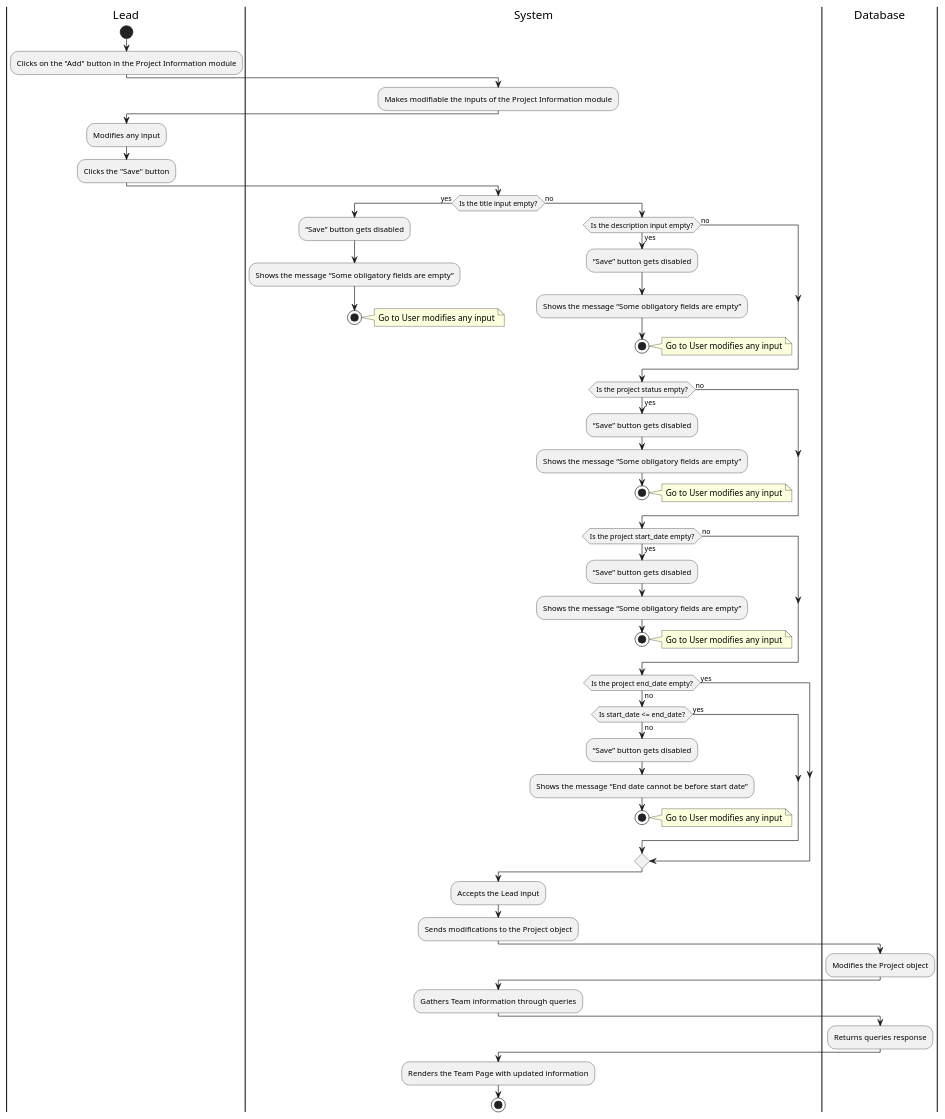
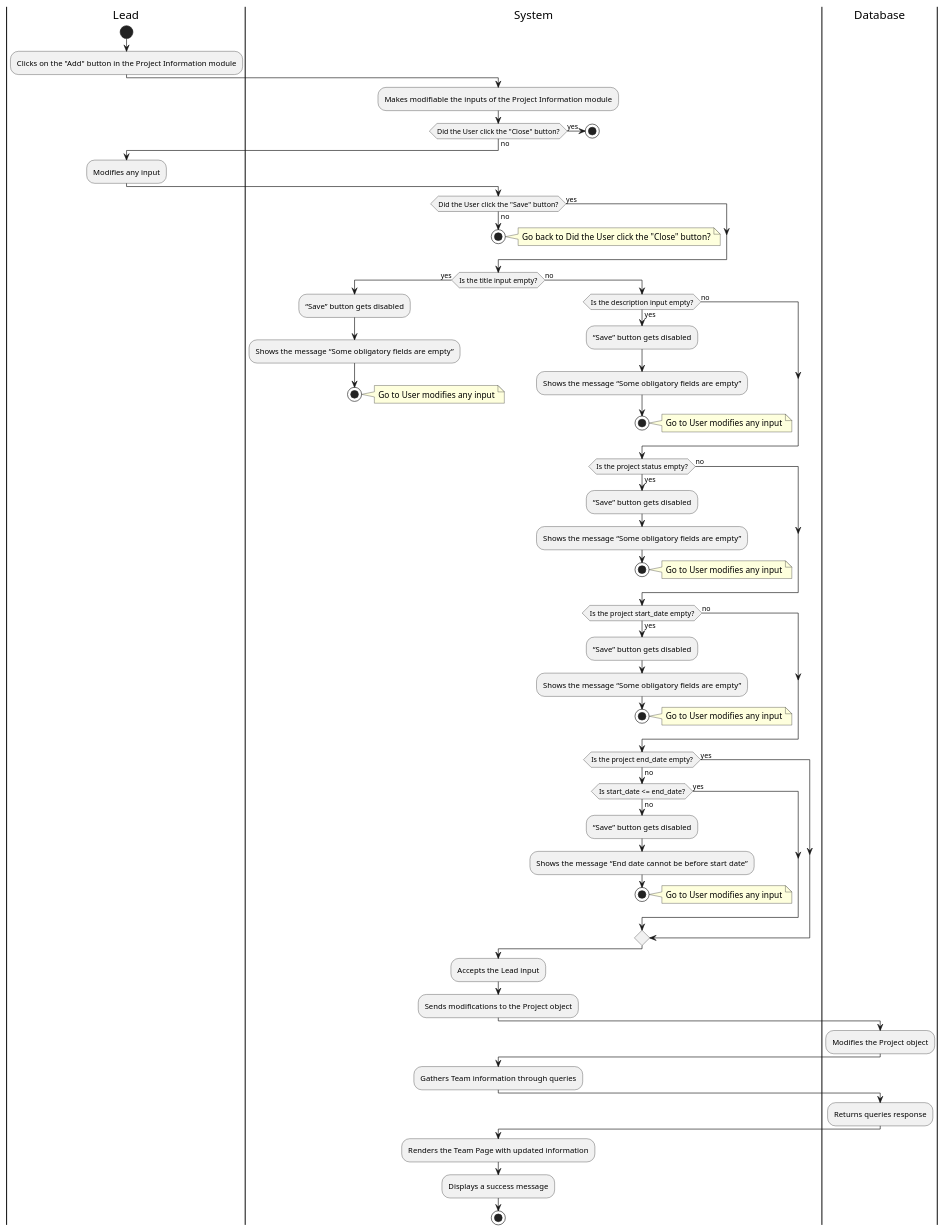
The diagram in documentation/activity_diagrams/PROJ-02-ActivityDiagram.puml (Berthou05/LimboSoftwareDevelopment_Change.org), drawn with PlantUML before and after one commit. The commit also changed 8 other files, not shown here.

Commit message:
[DOCS]: Correction of Activity Diagrams. Addition of ADMIN-02 AD.

```diff
--- a/documentation/activity_diagrams/PROJ-02-ActivityDiagram.puml
+++ b/documentation/activity_diagrams/PROJ-02-ActivityDiagram.puml
@@ -1,82 +1,95 @@
 @startuml
 
 |Lead|
 start
 :Clicks on the "Add" button in the Project Information module;
 |System|
 :Makes modifiable the inputs of the Project Information module;
+if(Did the User click the "Close" button?) is (yes) then
+    stop
+else(no)
+end if
+
 |Lead|
 :Modifies any input;
-:Clicks the "Save" button;
+|System|
+if(Did the User click the "Save" button?) is (yes) then
+else(no)
+    stop
+    note right
+        Go back to Did the User click the "Close" button?
+    end note
+end if
 |System|
 if(Is the title input empty?) is (yes) then
     |System|
     :“Save” button gets disabled;
     :Shows the message “Some obligatory fields are empty”;
     stop
     note right
         Go to User modifies any input
     end note
 else(no)
     if(Is the description input empty?) is (yes) then
         |System|
         :“Save” button gets disabled;
         :Shows the message “Some obligatory fields are empty”;
         stop
         note right
             Go to User modifies any input
         end note
     else(no)
     end if
         if(Is the project status empty?) is (yes) then
             |System|
             :“Save” button gets disabled;
             :Shows the message “Some obligatory fields are empty”;
             stop
             note right
                 Go to User modifies any input
             end note
         else(no)
         end if
 
         if(Is the project start_date empty?) is (yes) then
             |System|
             :“Save” button gets disabled;
             :Shows the message “Some obligatory fields are empty”;
             stop
             note right
                 Go to User modifies any input
             end note
         else(no)
         end if
 
         if(Is the project end_date empty?) is (no) then
             |System|
             if(Is start_date <= end_date?) is (no) then
                 |System|
                 :“Save” button gets disabled;
                 :Shows the message “End date cannot be before start date”;
                 stop
                 note right
                     Go to User modifies any input
                 end note
             else(yes)
             end if
         else(yes)
         end if
     end if
-    |System|
-    :Accepts the Lead input;
-    :Sends modifications to the Project object;
-    |Database|
-    :Modifies the Project object;
-    |System|
-    :Gathers Team information through queries;
-    |Database|
-    :Returns queries response;
-    |System|
-    :Renders the Team Page with updated information;
-    stop
+|System|
+:Accepts the Lead input;
+:Sends modifications to the Project object;
+|Database|
+:Modifies the Project object;
+|System|
+:Gathers Team information through queries;
+|Database|
+:Returns queries response;
+|System|
+:Renders the Team Page with updated information;
+:Displays a success message;
+stop
 
 
 @enduml
```
